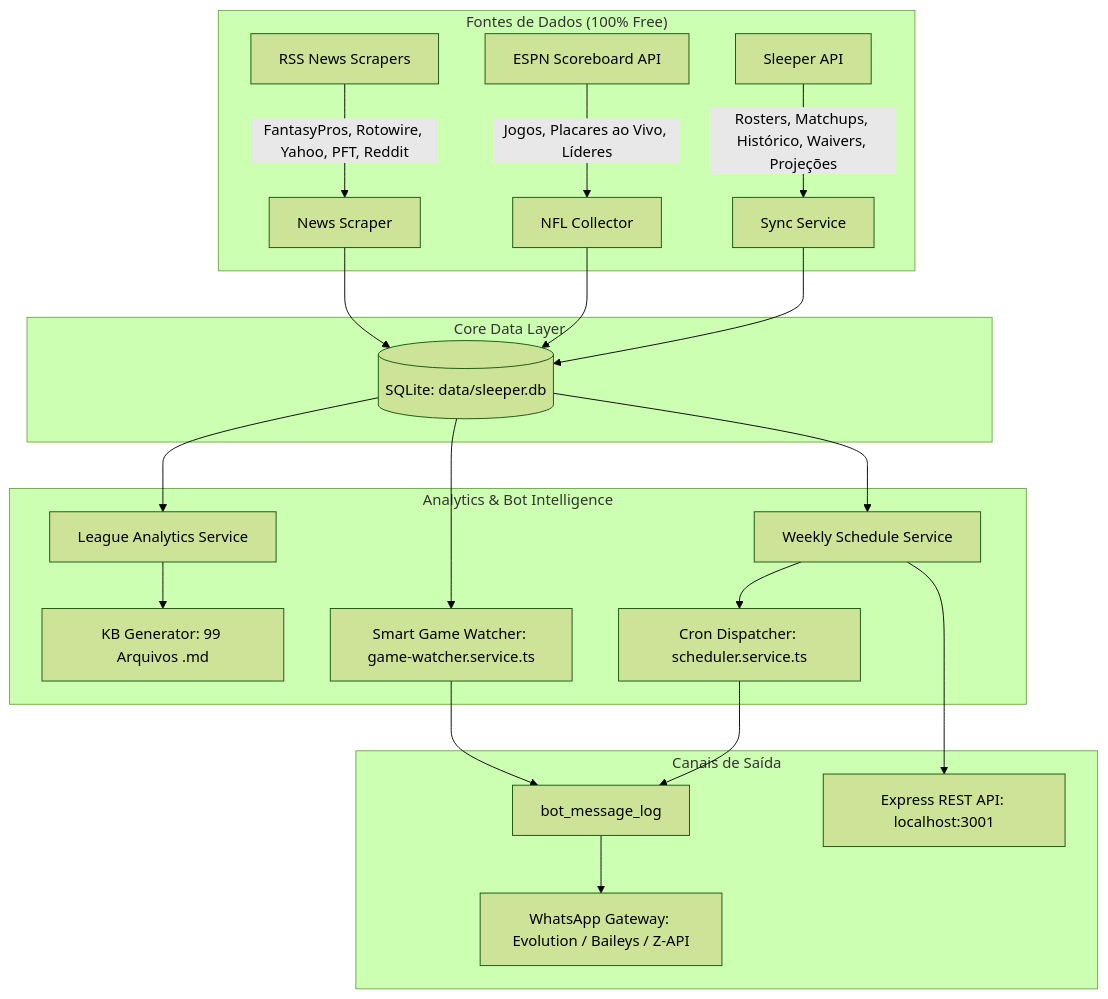
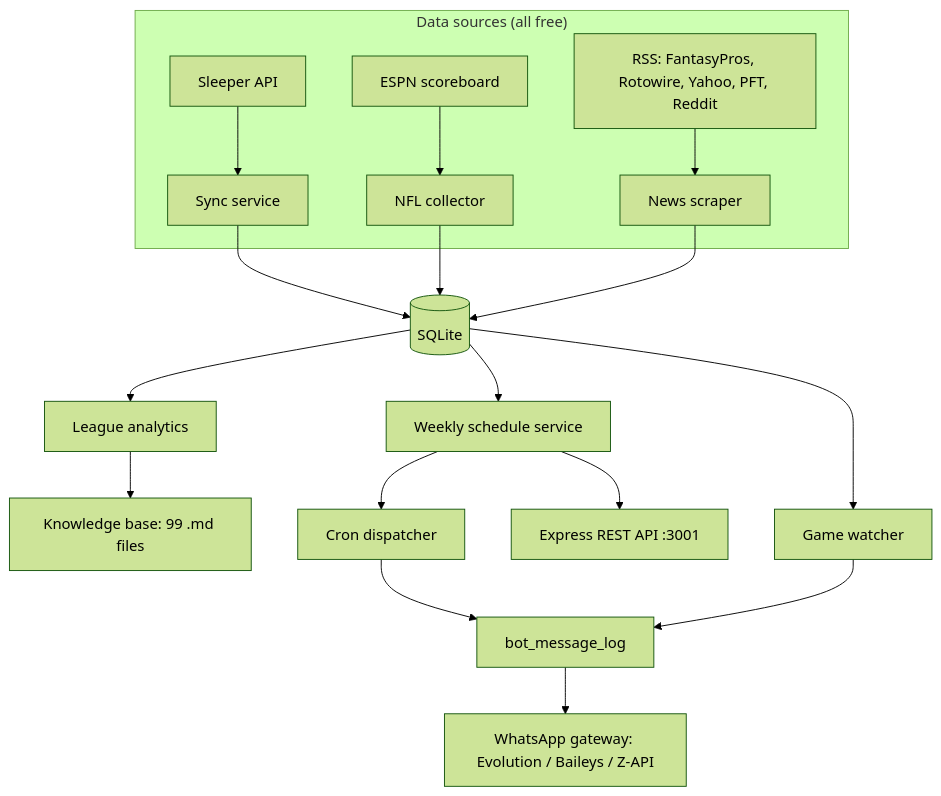
The diagram in README.md (pjaragao/Sleeper-API), drawn with Mermaid (forest theme) before and after one commit. The commit also changed other lines of this file, not shown here.

````diff
--- a/README.md
+++ b/README.md
@@ -36,29 +36,18 @@
 ```mermaid
 graph TD
-    subgraph "Fontes de Dados (100% Free)"
-        A[Sleeper API] -->|Rosters, Matchups, Histórico, Waivers, Projeções| S[Sync Service]
-        B[ESPN Scoreboard API] -->|Jogos, Placares ao Vivo, Líderes| N[NFL Collector]
-        C[RSS News Scrapers] -->|FantasyPros, Rotowire, Yahoo, PFT, Reddit| NS[News Scraper]
+    subgraph "Data sources (all free)"
+        A[Sleeper API] --> S[Sync service]
+        B[ESPN scoreboard] --> N[NFL collector]
+        C[RSS: FantasyPros, Rotowire, Yahoo, PFT, Reddit] --> NS[News scraper]
     end
-
-    subgraph "Core Data Layer"
-        S --> DB[(SQLite: data/sleeper.db)]
-        N --> DB
-        NS --> DB
-    end
-
-    subgraph "Analytics & Bot Intelligence"
-        DB --> LA[League Analytics Service]
-        DB --> WS[Weekly Schedule Service]
-        LA --> KB[KB Generator: 99 Arquivos .md]
-        WS --> SCHED[Cron Dispatcher: scheduler.service.ts]
-        DB --> GW[Smart Game Watcher: game-watcher.service.ts]
-    end
-
-    subgraph "Canais de Saída"
-        SCHED --> LOG[bot_message_log]
-        GW --> LOG
-        LOG --> WPP[WhatsApp Gateway: Evolution / Baileys / Z-API]
-        WS --> API[Express REST API: localhost:3001]
-    end
+    S --> DB[(SQLite)]
+    N --> DB
+    NS --> DB
+    DB --> LA[League analytics] --> KB[Knowledge base: 99 .md files]
+    DB --> WS[Weekly schedule service] --> SCHED[Cron dispatcher]
+    DB --> GW[Game watcher]
+    SCHED --> LOG[bot_message_log]
+    GW --> LOG
+    LOG --> WPP[WhatsApp gateway: Evolution / Baileys / Z-API]
+    WS --> API[Express REST API :3001]
 ```
````
